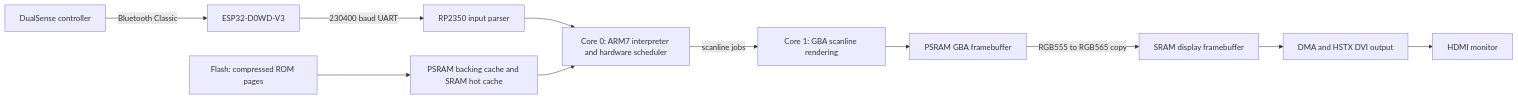
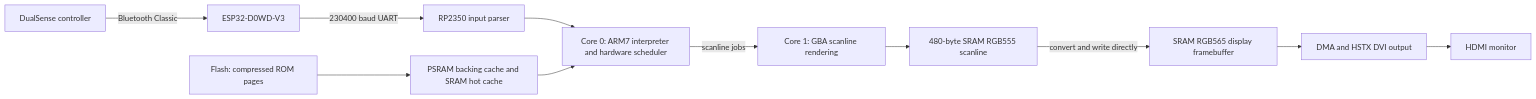
Before and after one commit to 8bitdev0x8/GameBoyAdvance: the diagram in README.md, drawn with Mermaid. The commit also changed other lines of this file and 34 other files, not shown here.

````diff
--- a/README.md
+++ b/README.md
@@ -21,13 +25,13 @@
 ```mermaid
 flowchart LR
     Pad[DualSense controller] -->|Bluetooth Classic| ESP[ESP32-D0WD-V3]
     ESP -->|230400 baud UART| Input[RP2350 input parser]
     Input --> CPU[Core 0: ARM7 interpreter and hardware scheduler]
     Flash[Flash: compressed ROM pages] --> Cache[PSRAM backing cache and SRAM hot cache]
     Cache --> CPU
     CPU -->|scanline jobs| PPU[Core 1: GBA scanline rendering]
-    PPU --> Frame[PSRAM GBA framebuffer]
-    Frame -->|RGB555 to RGB565 copy| Video[SRAM display framebuffer]
+    PPU --> Row[480-byte SRAM RGB555 scanline]
+    Row -->|convert and write directly| Video[SRAM RGB565 display framebuffer]
     Video --> HSTX[DMA and HSTX DVI output]
     HSTX --> Monitor[HDMI monitor]
 ```
````
